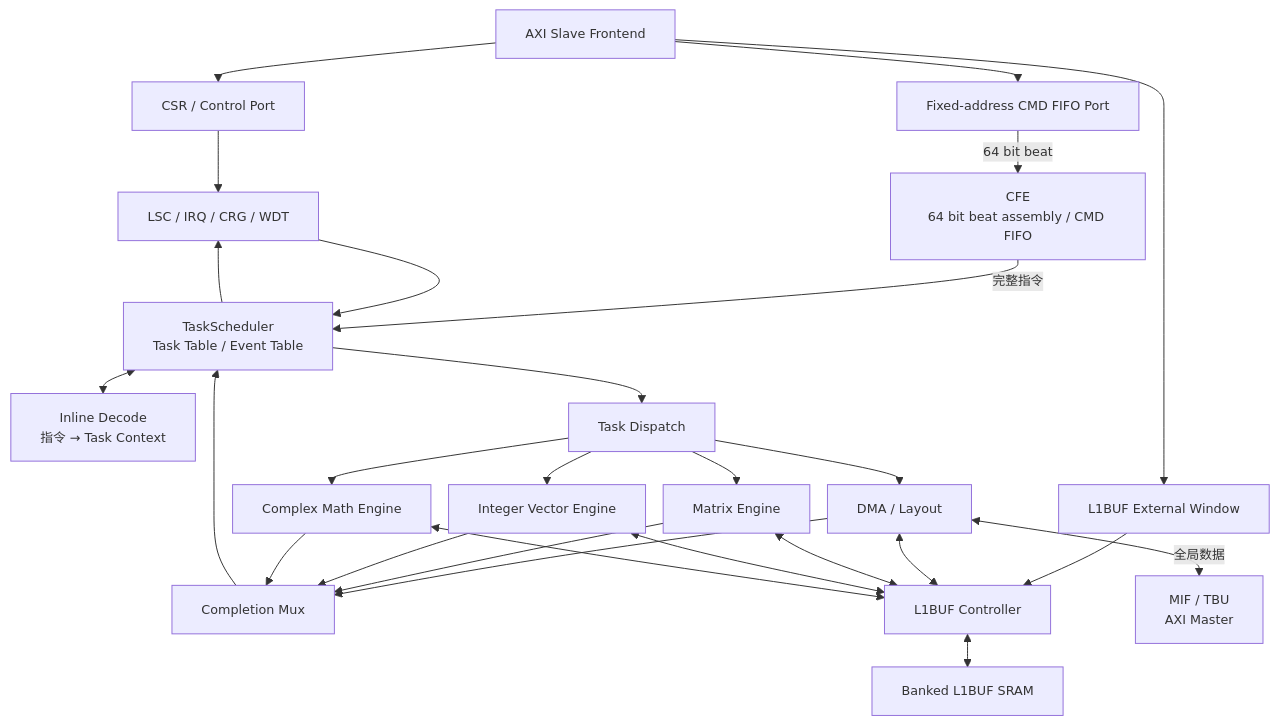
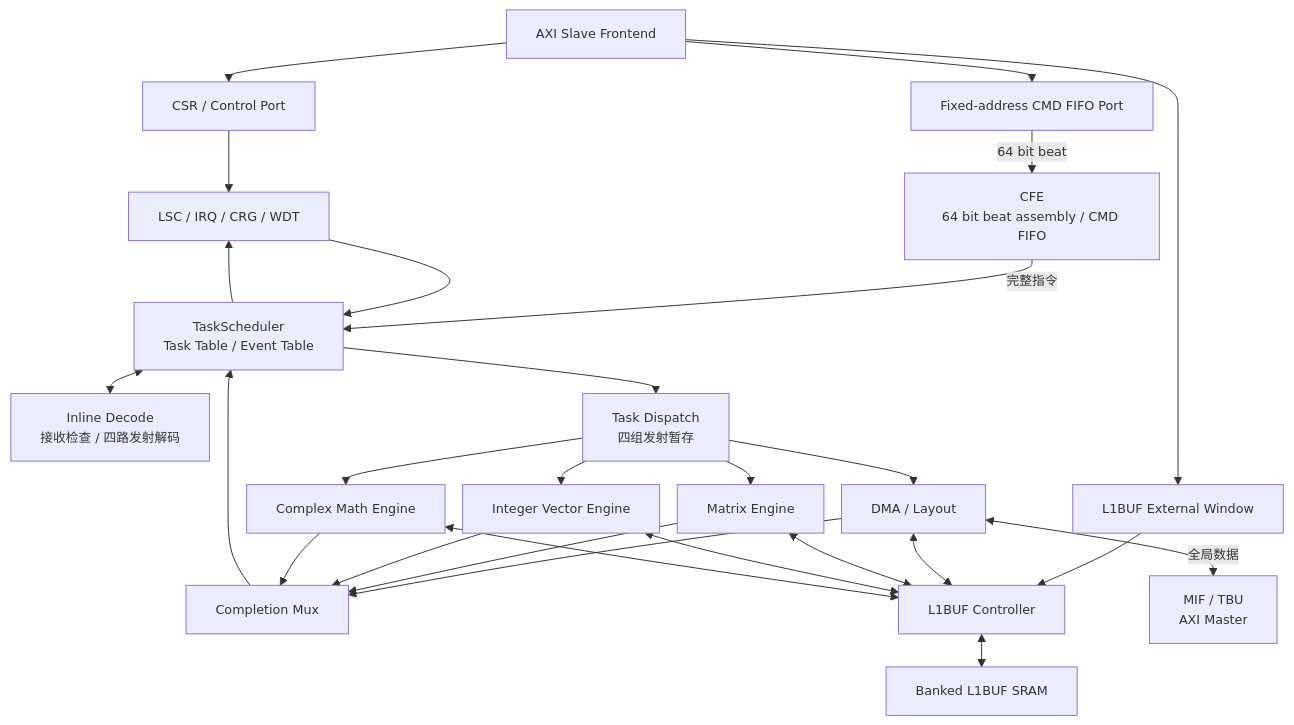
One commit to Little-W/Obsidian changed the third of 17 diagrams in NPU/NPU 指令与硬件架构设计 Spec.md. Above: the diagram before and after it, drawn with Mermaid. The commit also changed other lines of this file, not shown here.

````diff
--- a/NPU/NPU 指令与硬件架构设计 Spec.md
+++ b/NPU/NPU 指令与硬件架构设计 Spec.md
@@ -402,45 +402,45 @@
 ```mermaid
 %%{init: {"flowchart": {"useMaxWidth": true, "nodeSpacing": 18, "rankSpacing": 24}, "themeVariables": {"fontSize": "13px"}}}%%
 flowchart TB
     AXIS["AXI Slave Frontend"]
     CSR["CSR / Control Port"]
     CMD["Fixed-address CMD FIFO Port"]
     HOSTL1["L1BUF External Window"]
     CFE["CFE<br/>64 bit beat assembly / CMD FIFO"]
     TS["TaskScheduler<br/>Task Table / Event Table"]
-    DEC["Inline Decode<br/>指令 → Task Context"]
-    DISP["Task Dispatch"]
+    DEC["Inline Decode<br/>接收检查 / 四路发射解码"]
+    DISP["Task Dispatch<br/>四组发射暂存"]
     DMA["DMA / Layout"]
     ME["Matrix Engine"]
     IVE["Integer Vector Engine"]
     CME["Complex Math Engine"]
     DONE["Completion Mux"]
     L1C["L1BUF Controller"]
     SRAM["Banked L1BUF SRAM"]
     MIF["MIF / TBU<br/>AXI Master"]
     LSC["LSC / IRQ / CRG / WDT"]
 
     AXIS --> CSR --> LSC
     AXIS --> CMD -->|"64 bit beat"| CFE
     AXIS --> HOSTL1 --> L1C
     CFE -->|"完整指令"| TS
     TS <--> DEC
     TS --> DISP
     DISP --> DMA
     DISP --> ME
     DISP --> IVE
     DISP --> CME
     DMA <--> L1C
     ME <--> L1C
     IVE <--> L1C
     CME <--> L1C
     L1C <--> SRAM
     DMA <-->|"全局数据"| MIF
     DMA --> DONE
     ME --> DONE
     IVE --> DONE
     CME --> DONE
     DONE --> TS
     TS --> LSC
     LSC --> TS
 ```
````
